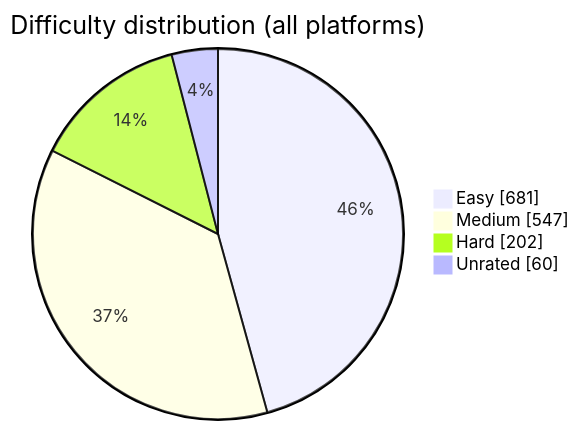
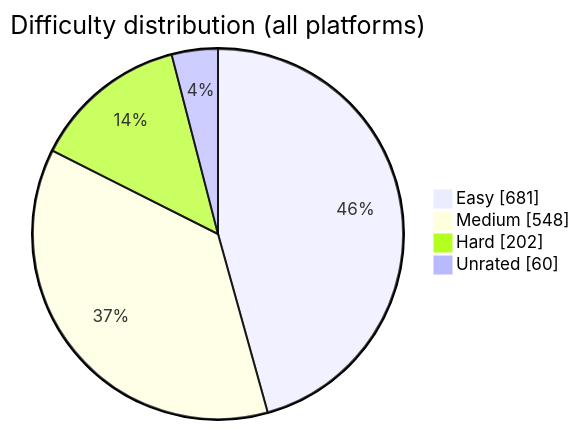
Before and after one commit to BuildbyArindam/Daily-Coding-Log: the diagram in README.md, drawn with Mermaid. The commit also changed other lines of this file, not shown here.

````diff
--- a/README.md
+++ b/README.md
@@ -93,7 +93,7 @@
 ```mermaid
 pie showData title Difficulty distribution (all platforms)
     "Easy" : 681
-    "Medium" : 547
+    "Medium" : 548
     "Hard" : 202
     "Unrated" : 60
 ```
````
